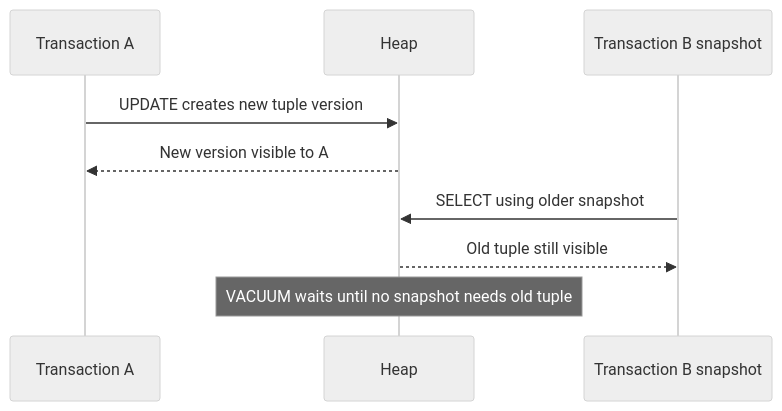
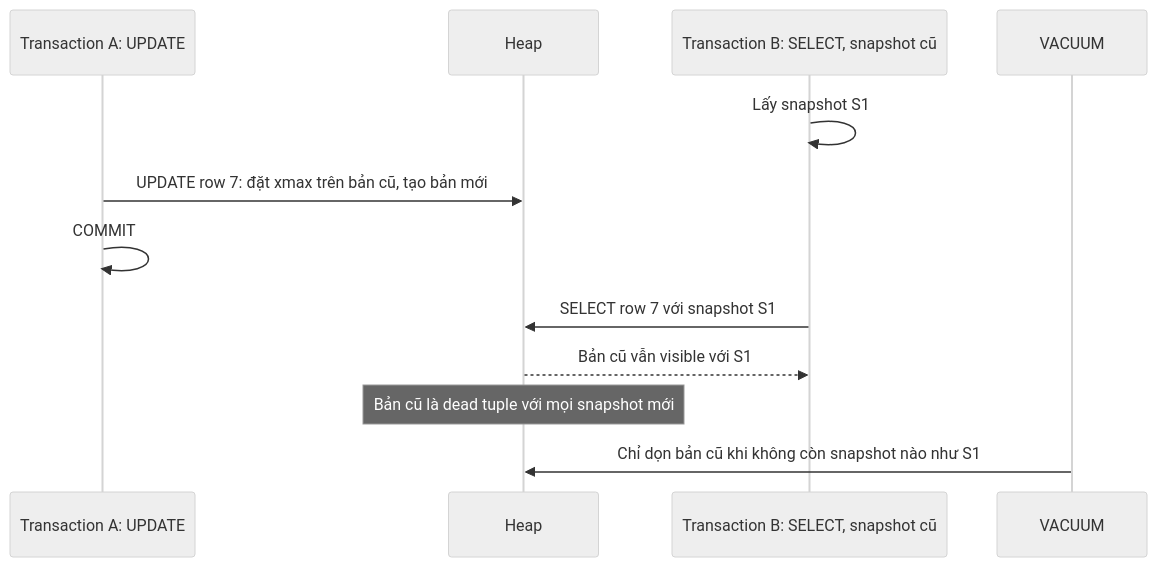
One commit to HuyNguyen-FinX/Try_Hard changed the third of 4 diagrams in python/knowledges/04-database-postgresql/mvcc.md. Above: the diagram before and after it, drawn with Mermaid (neutral theme). The commit also changed other lines of this file and 139 other files, not shown here.

````diff
--- a/python/knowledges/04-database-postgresql/mvcc.md
+++ b/python/knowledges/04-database-postgresql/mvcc.md
@@ -148,11 +118,14 @@
 ```mermaid
 sequenceDiagram
-    participant A as Transaction A
+    participant A as Transaction A: UPDATE
     participant H as Heap
-    participant B as Transaction B snapshot
-    A->>H: UPDATE creates new tuple version
-    H-->>A: New version visible to A
-    B->>H: SELECT using older snapshot
-    H-->>B: Old tuple still visible
-    Note over H: VACUUM waits until no snapshot needs old tuple
+    participant B as Transaction B: SELECT, snapshot cũ
+    participant V as VACUUM
+    B->>B: Lấy snapshot S1
+    A->>H: UPDATE row 7: đặt xmax trên bản cũ, tạo bản mới
+    A->>A: COMMIT
+    B->>H: SELECT row 7 với snapshot S1
+    H-->>B: Bản cũ vẫn visible với S1
+    Note over H: Bản cũ là dead tuple với mọi snapshot mới
+    V->>H: Chỉ dọn bản cũ khi không còn snapshot nào như S1
 ```
````
